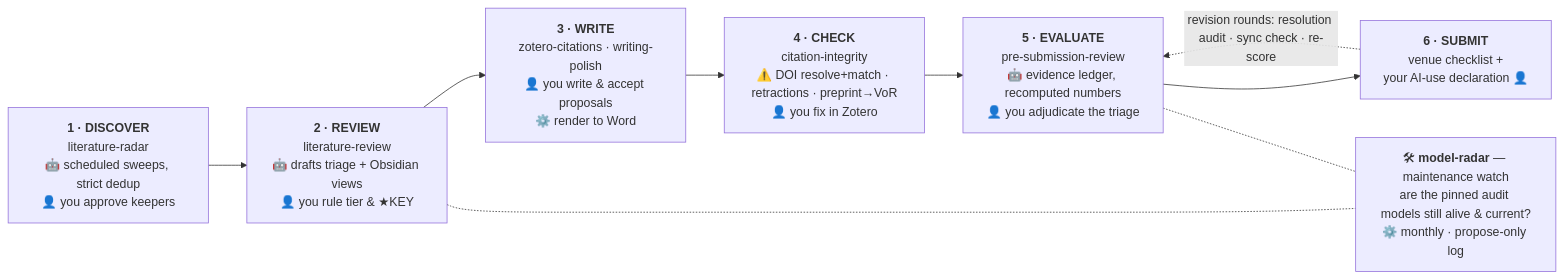
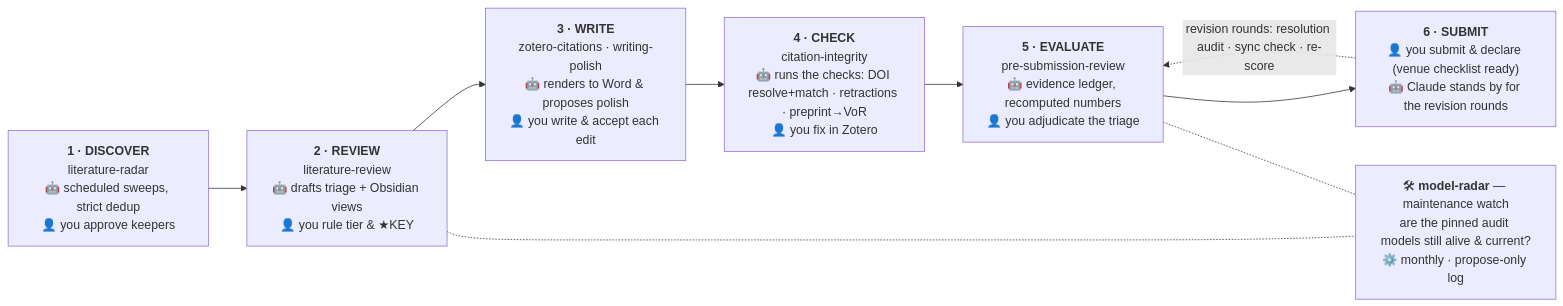
One commit to Shalice-in-AIland/claude-language-assessment-research-kit changed the first of 2 diagrams in docs/flowchart.md. Above: the diagram before and after it, drawn with Mermaid. The commit also changed 1 other file, not shown here.

Commit message:
Flowcharts: Claude's role explicit at every lifecycle station
"AUTOMATIC render" and "BUILT-IN CHECKS" chips were under-crediting the
operator — Claude runs the render and runs the check scripts. Every
station now pairs a CLAUDE chip with a YOU chip (uniform CLAUDE→YOU
order; station 6 deliberately inverts: "YOU submit & declare" then
"CLAUDE stands by for the revision rounds"). Mermaid twin mirrors the
same 🤖/👤 lines. AUTOMATIC/BUILT-IN chips remain in the citation-
pipeline diagram, where they are literally true (BBT export, (key?)
warnings).

````diff
--- a/docs/flowchart.md
+++ b/docs/flowchart.md
@@ -9,14 +9,14 @@
 ```mermaid
 flowchart LR
     A["<b>1 · DISCOVER</b><br/>literature-radar<br/>🤖 scheduled sweeps, strict dedup<br/>👤 you approve keepers"]
     B["<b>2 · REVIEW</b><br/>literature-review<br/>🤖 drafts triage + Obsidian views<br/>👤 you rule tier & ★KEY"]
-    C["<b>3 · WRITE</b><br/>zotero-citations · writing-polish<br/>👤 you write & accept proposals<br/>⚙️ render to Word"]
-    D["<b>4 · CHECK</b><br/>citation-integrity<br/>⚠️ DOI resolve+match · retractions · preprint→VoR<br/>👤 you fix in Zotero"]
+    C["<b>3 · WRITE</b><br/>zotero-citations · writing-polish<br/>🤖 renders to Word & proposes polish<br/>👤 you write & accept each edit"]
+    D["<b>4 · CHECK</b><br/>citation-integrity<br/>🤖 runs the checks: DOI resolve+match · retractions · preprint→VoR<br/>👤 you fix in Zotero"]
     E["<b>5 · EVALUATE</b><br/>pre-submission-review<br/>🤖 evidence ledger, recomputed numbers<br/>👤 you adjudicate the triage"]
-    F["<b>6 · SUBMIT</b><br/>venue checklist +<br/>your AI-use declaration 👤"]
+    F["<b>6 · SUBMIT</b><br/>👤 you submit & declare (venue checklist ready)<br/>🤖 Claude stands by for the revision rounds"]
     A --> B --> C --> D --> E --> F
     F -. "revision rounds: resolution audit · sync check · re-score" .-> E
     M["🛠 <b>model-radar</b> — maintenance watch<br/>are the pinned audit models still alive & current?<br/>⚙️ monthly · propose-only log"]
     B -.- M
     E -.- M
 ```
````
